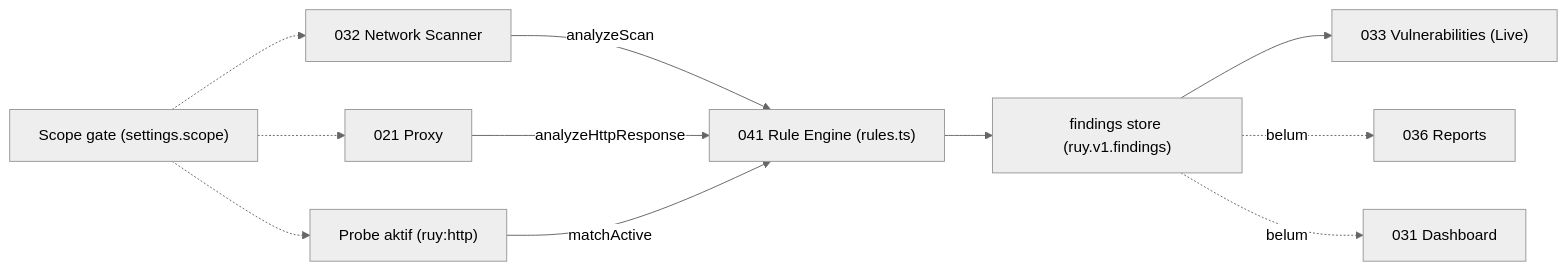
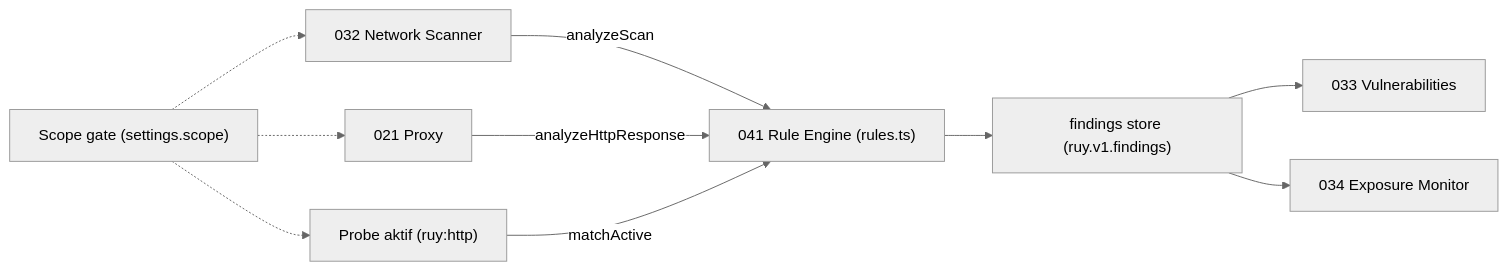
One commit to AlatBekam/Interu changed the diagram in docs/040_detection.md. Above: the diagram before and after it, drawn with Mermaid (neutral theme). The commit also changed other lines of this file and 23 other files, not shown here.

````diff
--- a/docs/040_detection.md
+++ b/docs/040_detection.md
@@ -28,13 +28,12 @@
 ```mermaid
 flowchart LR
   SCOPE["Scope gate (settings.scope)"] -.-> SCAN
   SCOPE -.-> PROXY
   SCOPE -.-> ACT
   SCAN["032 Network Scanner"] -- "analyzeScan" --> RE["041 Rule Engine (rules.ts)"]
   PROXY["021 Proxy"] -- "analyzeHttpResponse" --> RE
   ACT["Probe aktif (ruy:http)"] -- "matchActive" --> RE
   RE --> STORE["findings store (ruy.v1.findings)"]
-  STORE --> VULN["033 Vulnerabilities (Live)"]
-  STORE -. "belum" .-> REP["036 Reports"]
-  STORE -. "belum" .-> DASH["031 Dashboard"]
+  STORE --> VULN["033 Vulnerabilities"]
+  STORE --> MON["034 Exposure Monitor"]
 ```
````
